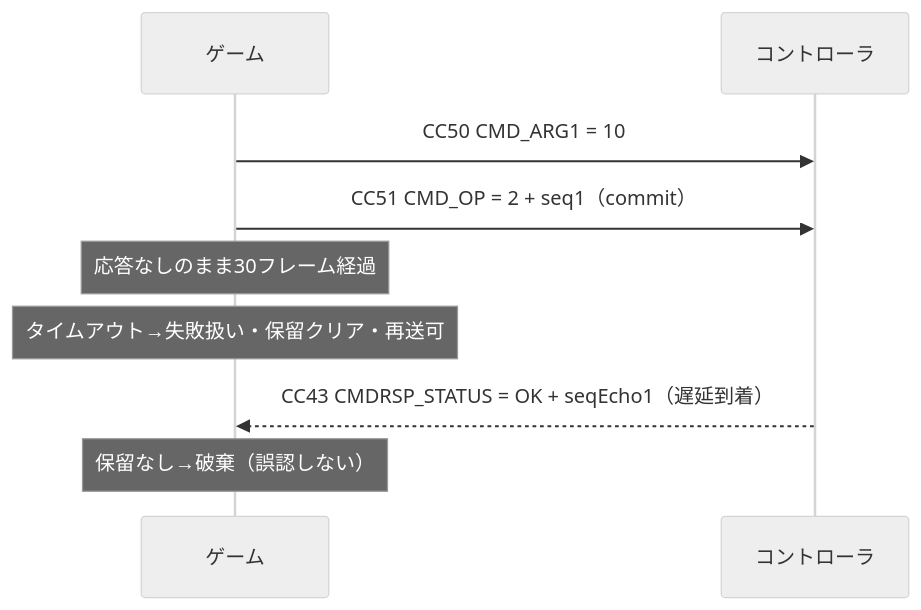
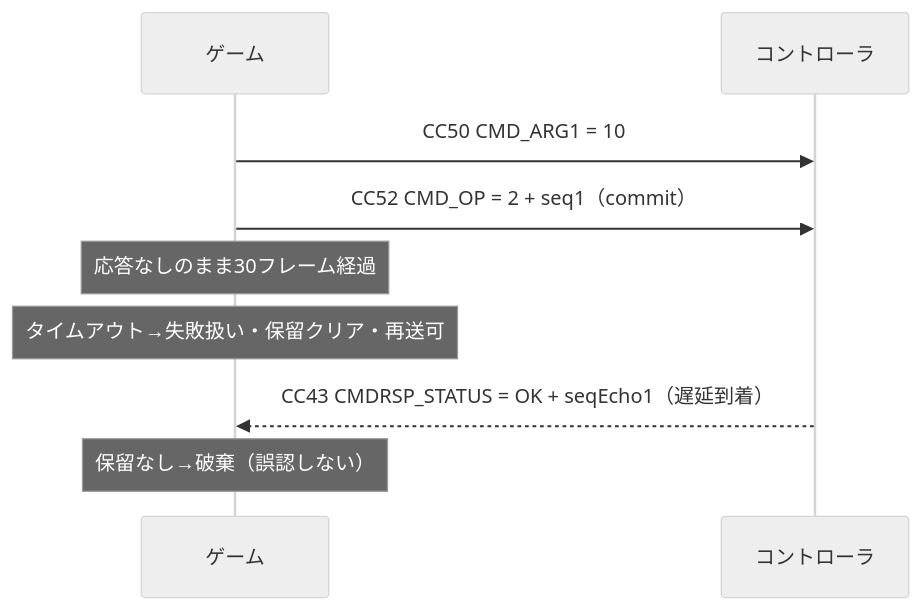
The fourth of 4 diagrams in docs/specs/midi-mapping.md (sanlike0911/pyMidiSimulator), drawn with Mermaid (neutral theme) before and after one commit. The commit also changed other lines of this file and 6 other files, not shown here.

````diff
--- a/docs/specs/midi-mapping.md
+++ b/docs/specs/midi-mapping.md
@@ -317,11 +291,11 @@
 ```mermaid
 sequenceDiagram
     participant G as ゲーム
     participant C as コントローラ
     G->>C: CC50 CMD_ARG1 = 10
-    G->>C: CC51 CMD_OP = 2 + seq1（commit）
+    G->>C: CC52 CMD_OP = 2 + seq1（commit）
     Note over G: 応答なしのまま30フレーム経過
     Note over G: タイムアウト→失敗扱い・保留クリア・再送可
     C-->>G: CC43 CMDRSP_STATUS = OK + seqEcho1（遅延到着）
     Note over G: 保留なし→破棄（誤認しない）
 ```
````
